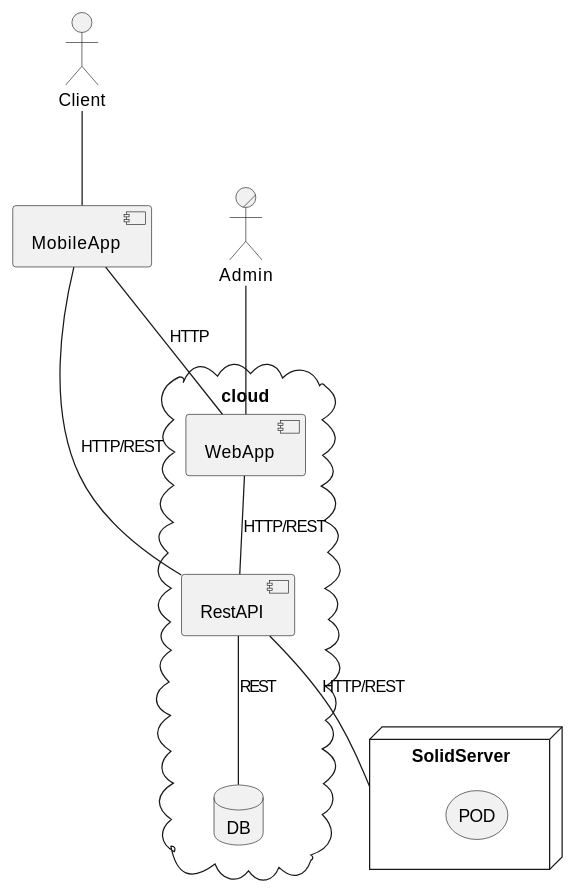
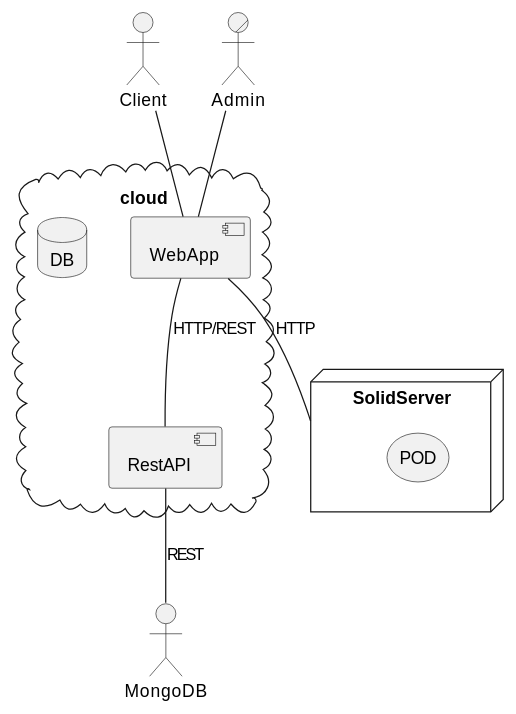
Before and after one commit to Arquisoft/radarin_en2b: the second of 2 diagrams in webapp/docs/03_system_scope_and_context.adoc, drawn with PlantUML. The commit also changed other lines of this file and 16 other files, not shown here.

```diff
--- a/webapp/docs/03_system_scope_and_context.adoc
+++ b/webapp/docs/03_system_scope_and_context.adoc
@@ -94,21 +94,18 @@
 [plantuml, diagram-technical, svg]
 ....
 actor Client
 actor/ Admin
-component MobileApp
-Client -- MobileApp
 cloud cloud {
 component WebApp
 component RestAPI
 database DB
 }
+Client -- WebApp
 Admin -- WebApp
-MobileApp -- WebApp : HTTP
-MobileApp -- RestAPI : HTTP/REST
 WebApp -- RestAPI : HTTP/REST
-RestAPI -- DB : REST
+RestAPI -- MongoDB : REST
 node SolidServer {
 storage POD
 }
-RestAPI -- SolidServer : HTTP/REST
+WebApp -- SolidServer : HTTP
 ....
```
